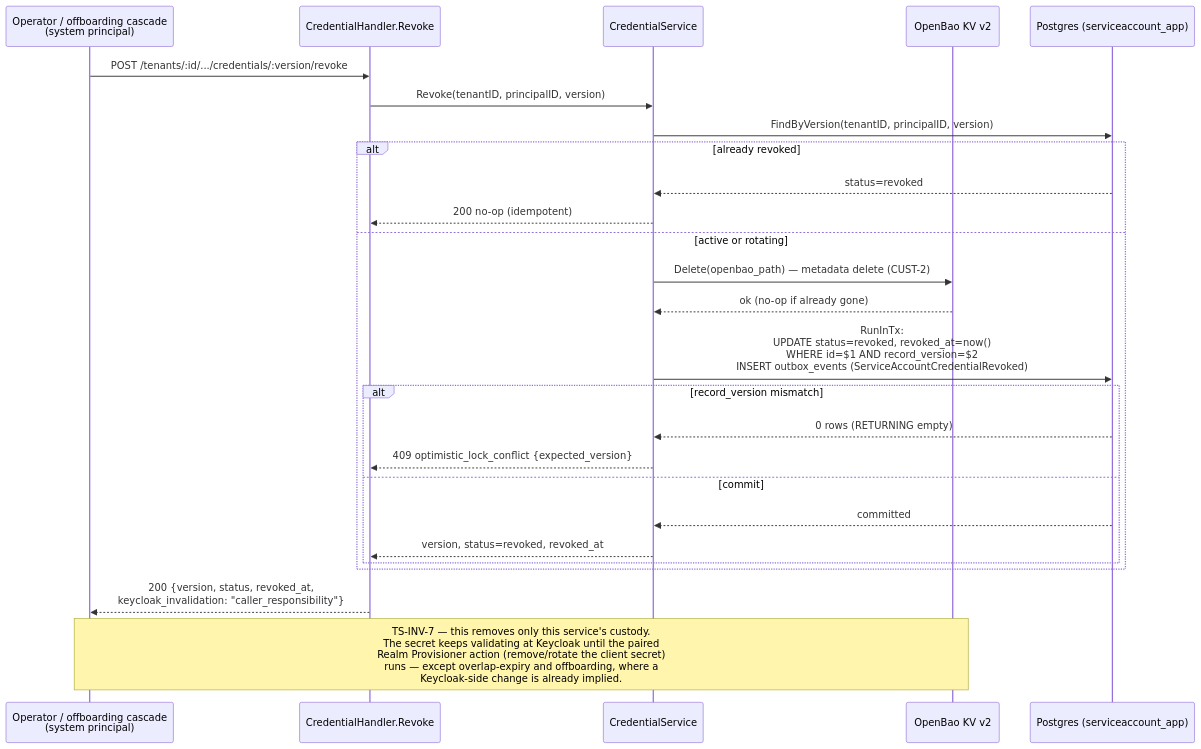
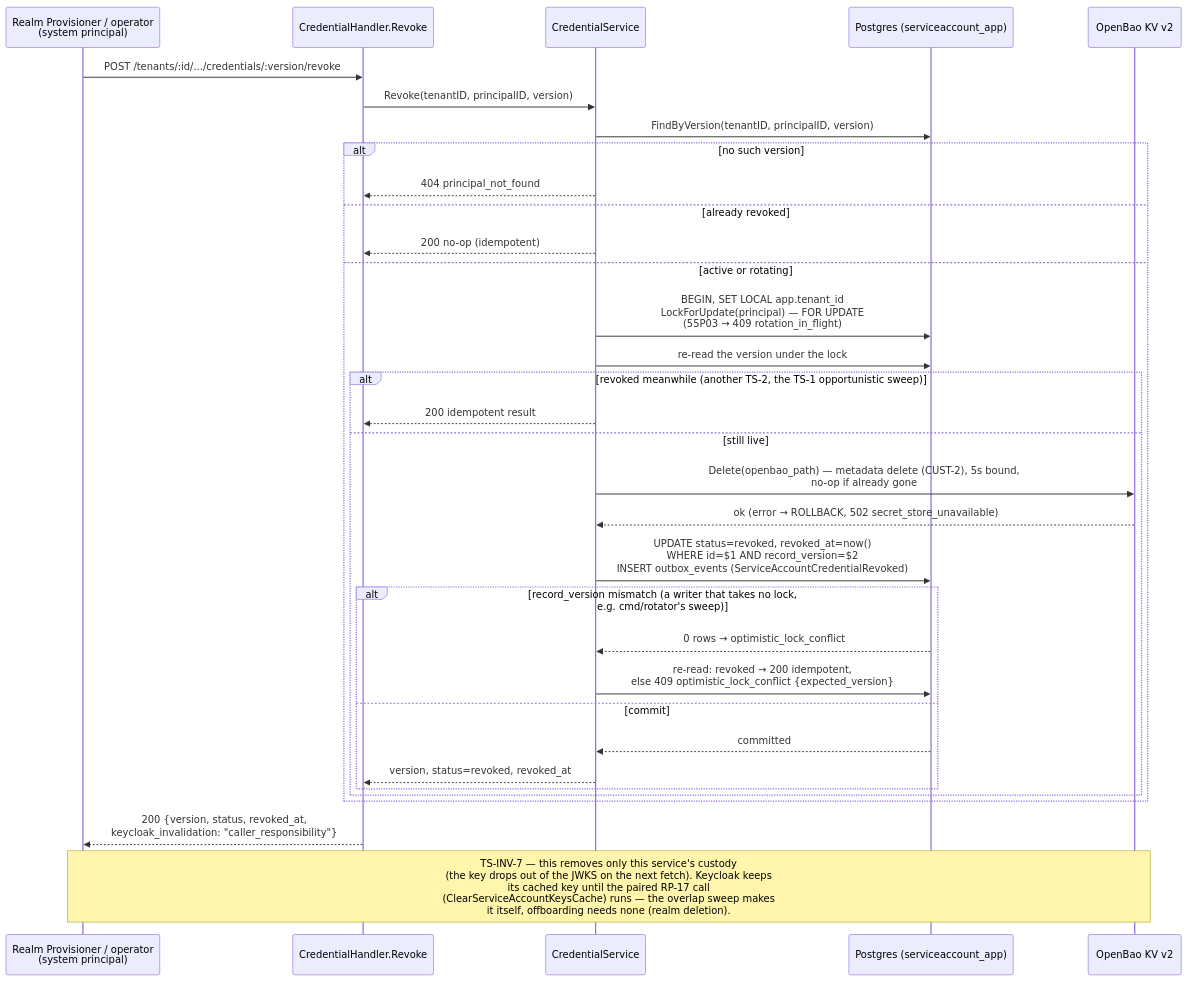
Before and after one commit to BCBP-SOLUTIONS-FZC-LLC/iam-token-service: the diagram in docs/architecture/mermaid/credential-revoke-flow.mmd, drawn with Mermaid. The commit also changed 234 other files, not shown here.

```diff
--- a/docs/architecture/mermaid/credential-revoke-flow.mmd
+++ b/docs/architecture/mermaid/credential-revoke-flow.mmd
@@ -1,30 +1,37 @@
 %% TS-2 POST .../credentials/:version/revoke (LLD §5.4, TS-INV-7).
 %% Material-first delete: OpenBao is purged before the Postgres commit,
 %% same discipline as the offboarding cascade.
 sequenceDiagram
-    participant CALLER as Operator / offboarding cascade<br/>(system principal)
+    participant CALLER as Realm Provisioner / operator<br/>(system principal)
     participant H as CredentialHandler.Revoke
     participant SVC as CredentialService
+    participant PG as Postgres (serviceaccount_app)
     participant BAO as OpenBao KV v2
-    participant PG as Postgres (serviceaccount_app)
 
     CALLER->>H: POST /tenants/:id/.../credentials/:version/revoke
     H->>SVC: Revoke(tenantID, principalID, version)
     SVC->>PG: FindByVersion(tenantID, principalID, version)
-    alt already revoked
-        PG-->>SVC: status=revoked
+    alt no such version
+        SVC-->>H: 404 principal_not_found
+    else already revoked
         SVC-->>H: 200 no-op (idempotent)
     else active or rotating
-        SVC->>BAO: Delete(openbao_path) — metadata delete (CUST-2)
-        BAO-->>SVC: ok (no-op if already gone)
-        SVC->>PG: RunInTx:<br/>UPDATE status=revoked, revoked_at=now()<br/>  WHERE id=$1 AND record_version=$2<br/>INSERT outbox_events (ServiceAccountCredentialRevoked)
-        alt record_version mismatch
-            PG-->>SVC: 0 rows (RETURNING empty)
-            SVC-->>H: 409 optimistic_lock_conflict {expected_version}
-        else commit
-            PG-->>SVC: committed
-            SVC-->>H: version, status=revoked, revoked_at
+        SVC->>PG: BEGIN, SET LOCAL app.tenant_id<br/>LockForUpdate(principal) — FOR UPDATE<br/>(55P03 → 409 rotation_in_flight)
+        SVC->>PG: re-read the version under the lock
+        alt revoked meanwhile (another TS-2, the TS-1 opportunistic sweep)
+            SVC-->>H: 200 idempotent result
+        else still live
+            SVC->>BAO: Delete(openbao_path) — metadata delete (CUST-2), 5s bound,<br/>no-op if already gone
+            BAO-->>SVC: ok (error → ROLLBACK, 502 secret_store_unavailable)
+            SVC->>PG: UPDATE status=revoked, revoked_at=now()<br/>  WHERE id=$1 AND record_version=$2<br/>INSERT outbox_events (ServiceAccountCredentialRevoked)
+            alt record_version mismatch (a writer that takes no lock, e.g. cmd/rotator's sweep)
+                PG-->>SVC: 0 rows → optimistic_lock_conflict
+                SVC->>PG: re-read: revoked → 200 idempotent,<br/>else 409 optimistic_lock_conflict {expected_version}
+            else commit
+                PG-->>SVC: committed
+                SVC-->>H: version, status=revoked, revoked_at
+            end
         end
     end
     H-->>CALLER: 200 {version, status, revoked_at,<br/>keycloak_invalidation: "caller_responsibility"}
-    Note over CALLER,BAO: TS-INV-7 — this removes only this service's custody.<br/>The secret keeps validating at Keycloak until the paired<br/>Realm Provisioner action (remove/rotate the client secret)<br/>runs — except overlap-expiry and offboarding, where a<br/>Keycloak-side change is already implied.
+    Note over CALLER,BAO: TS-INV-7 — this removes only this service's custody<br/>(the key drops out of the JWKS on the next fetch). Keycloak keeps<br/>its cached key until the paired RP-17 call<br/>(ClearServiceAccountKeysCache) runs — the overlap sweep makes<br/>it itself, offboarding needs none (realm deletion).
```
